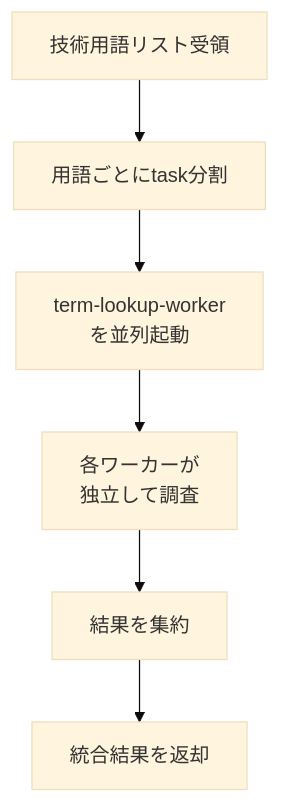
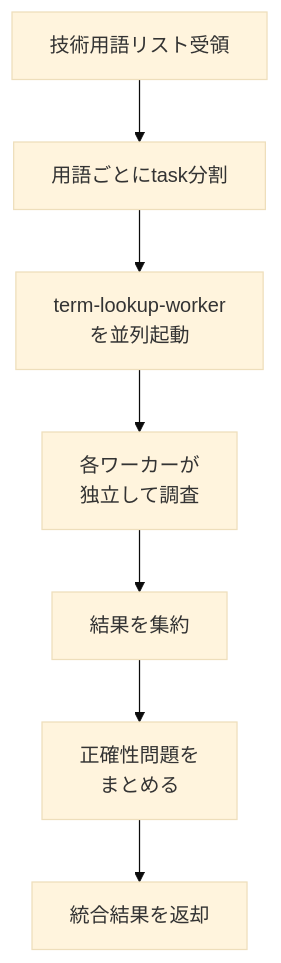
One commit to tubone24/blog changed the diagram in .claude/agents/tech-term-researcher.md. Above: the diagram before and after it, drawn with Mermaid (base theme). The commit also changed other lines of this file and 2 other files, not shown here.

````diff
--- a/.claude/agents/tech-term-researcher.md
+++ b/.claude/agents/tech-term-researcher.md
@@ -16,8 +17,9 @@
 ```mermaid
 flowchart TD
     A[技術用語リスト受領] --> B[用語ごとにtask分割]
     B --> C[term-lookup-worker<br/>を並列起動]
     C --> D[各ワーカーが<br/>独立して調査]
     D --> E[結果を集約]
-    E --> F[統合結果を返却]
+    E --> F[正確性問題を<br/>まとめる]
+    F --> G[統合結果を返却]
 ```
````
